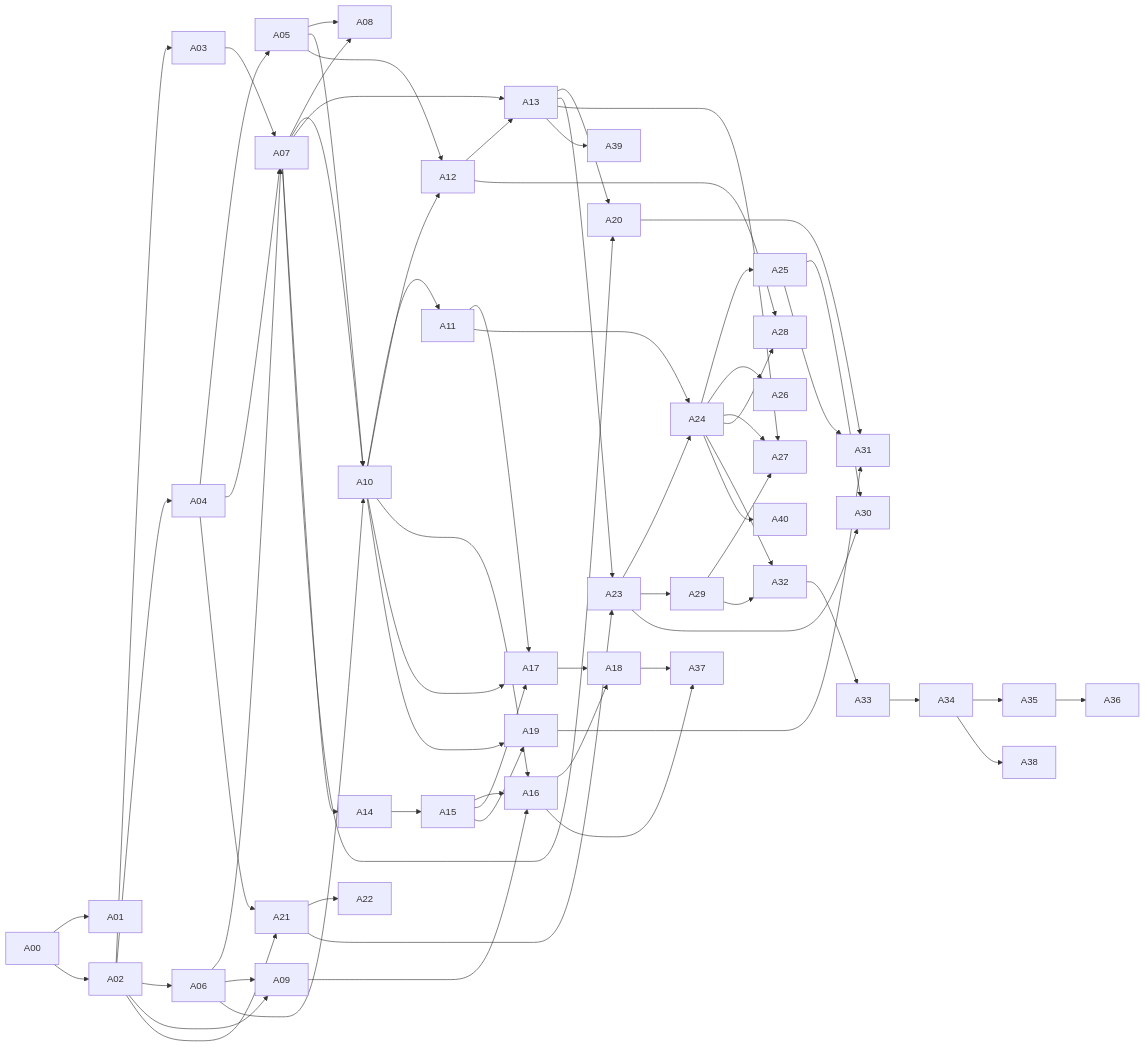
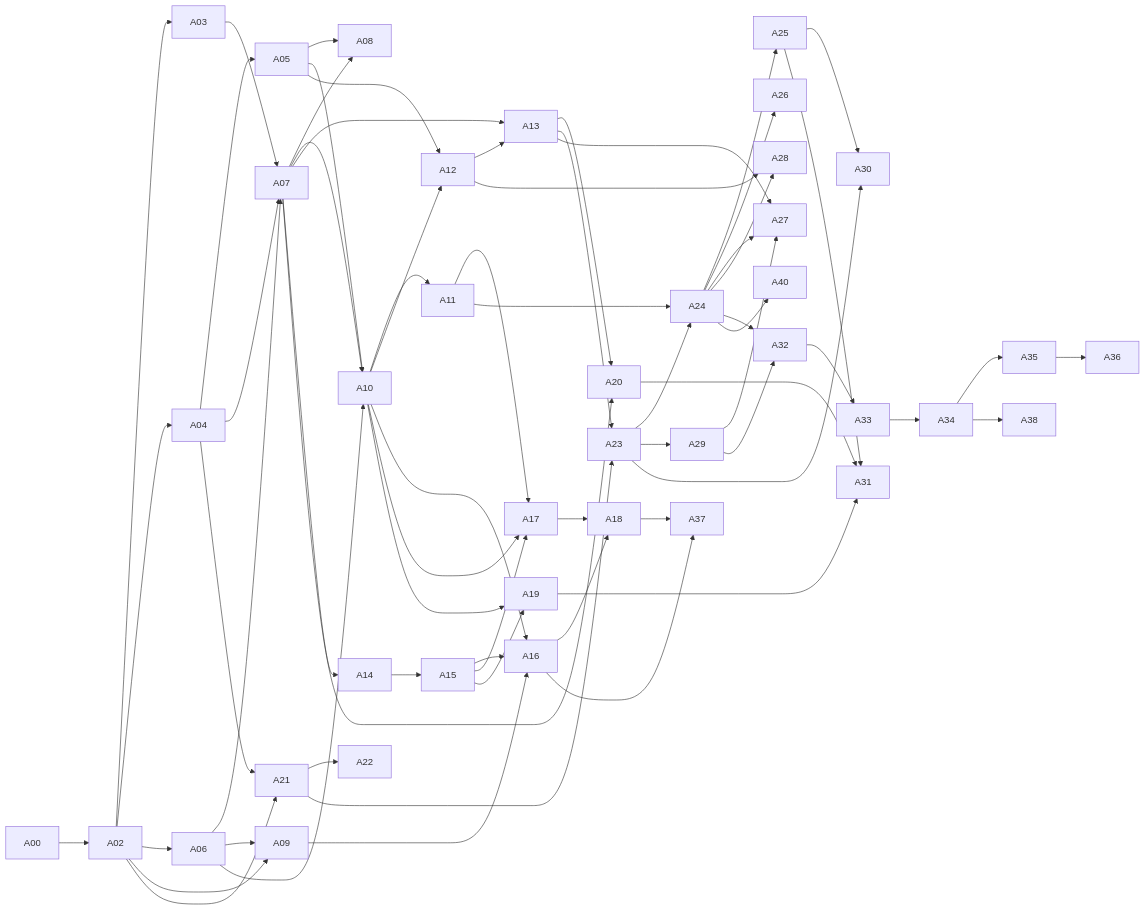
Before and after one commit to karasaid379-hue/mutalaa: the diagram in docs/10-claude-code/04-asama-haritasi.md, drawn with Mermaid. The commit also changed other lines of this file and 48 other files, not shown here.

````diff
--- a/docs/10-claude-code/04-asama-haritasi.md
+++ b/docs/10-claude-code/04-asama-haritasi.md
@@ -58,66 +58,64 @@
 ```mermaid
 flowchart LR
-  A00 --> A01
   A00 --> A02
   A02 --> A03
   A02 --> A04 --> A05
   A02 --> A06
   A03 --> A07
   A04 --> A07
   A06 --> A07
   A05 --> A08
   A07 --> A08
   A02 --> A09
   A06 --> A09
   A05 --> A10
   A06 --> A10
   A07 --> A10
   A10 --> A11
   A10 --> A12
   A05 --> A12
   A07 --> A13
   A12 --> A13
   A07 --> A14 --> A15
   A09 --> A16
   A10 --> A16
   A15 --> A16
   A10 --> A17
   A11 --> A17
   A15 --> A17
   A16 --> A18
   A17 --> A18
   A10 --> A19
   A15 --> A19
   A07 --> A20
   A13 --> A20
   A04 --> A21
   A02 --> A21
   A21 --> A22
   A21 --> A23
   A13 --> A23
   A23 --> A24
   A11 --> A24
   A24 --> A25
   A24 --> A26
   A24 --> A27
   A13 --> A27
   A29 --> A27
   A24 --> A28
   A12 --> A28
   A23 --> A29
   A23 --> A30
   A25 --> A30
   A25 --> A31
   A19 --> A31
   A20 --> A31
   A24 --> A32
   A29 --> A32
   A32 --> A33
   A33 --> A34
   A34 --> A35 --> A36
   A16 --> A37
   A18 --> A37
   A34 --> A38
-  A13 --> A39
   A24 --> A40
 ```
````
